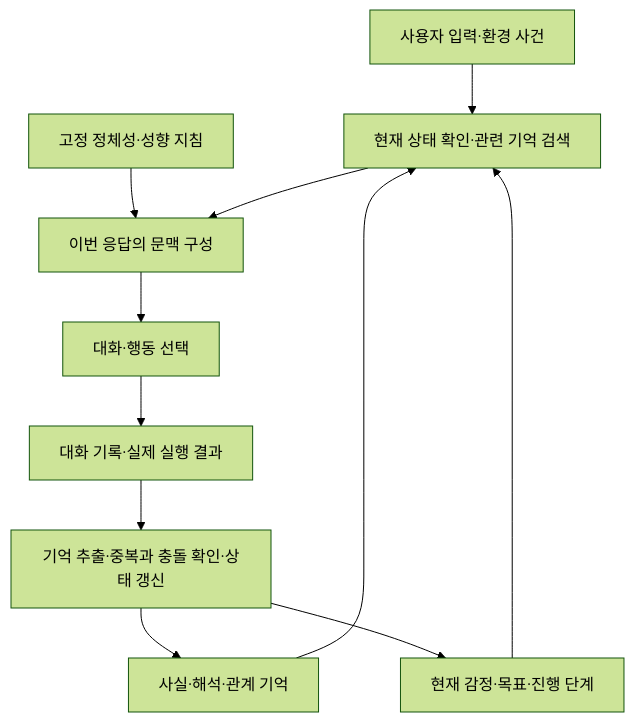
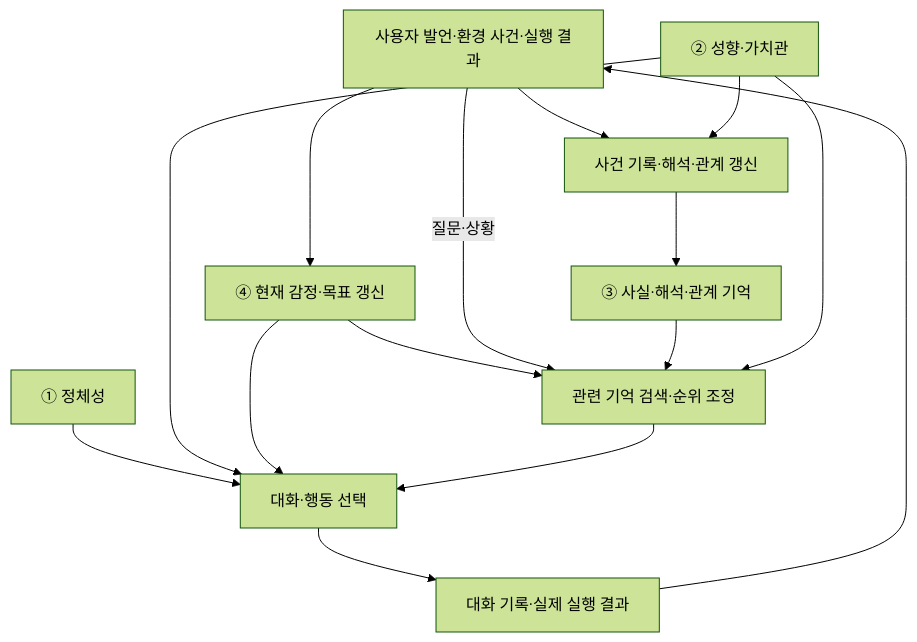
Before and after one commit to AI-SOGANG-HGHG/Open-LLM-VTuber: the diagram in docs/persona-management-design.md, drawn with Mermaid (forest theme). The commit also changed other lines of this file and 1 other file, not shown here.

````diff
--- a/docs/persona-management-design.md
+++ b/docs/persona-management-design.md
@@ -63,13 +63,17 @@
 ```mermaid
 flowchart TD
-    I[사용자 입력·환경 사건] --> R[현재 상태 확인·관련 기억 검색]
-    M[사실·해석·관계 기억] --> R
-    S[현재 감정·목표·진행 단계] --> R
-    P[고정 정체성·성향 지침] --> C[이번 응답의 문맥 구성]
-    R --> C
-    C --> A[대화·행동 선택]
+    E[사용자 발언·환경 사건·실행 결과] --> W[사건 기록·해석·관계 갱신]
+    P[② 성향·가치관] --> W
+    W --> M[③ 사실·해석·관계 기억]
+    E --> S[④ 현재 감정·목표 갱신]
+    S --> R[관련 기억 검색·순위 조정]
+    E -->|질문·상황| R
+    M --> R
+    P --> R
+    I[① 정체성] --> A[대화·행동 선택]
+    P --> A
+    S --> A
+    R --> A
     A --> O[대화 기록·실제 실행 결과]
-    O --> U[기억 추출·중복과 충돌 확인·상태 갱신]
-    U --> M
-    U --> S
+    O --> E
 ```
````
